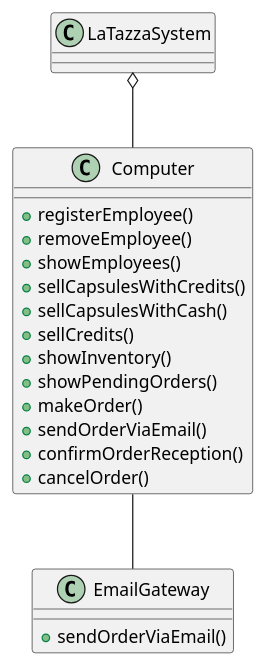
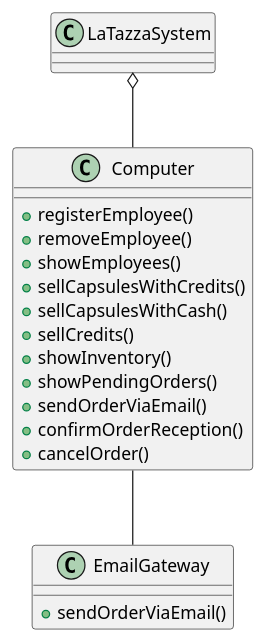
The fourth of 4 diagrams in requirements.md (eloparco/LaTazza), drawn with PlantUML before and after one commit.

Commit message:
Fix system design

````diff
--- a/requirements.md
+++ b/requirements.md
@@ -312,27 +312,26 @@
 ```plantuml
 class LaTazzaSystem {
 }
 
 class Computer {
   +registerEmployee()
   +removeEmployee()
   +showEmployees()
   +sellCapsulesWithCredits()
   +sellCapsulesWithCash()
   +sellCredits()
   +showInventory()
   +showPendingOrders()
-  +makeOrder()
   +sendOrderViaEmail()
   +confirmOrderReception()
   +cancelOrder()
 }
 
 class EmailGateway {
   +sendOrderViaEmail()
 }
 
 LaTazzaSystem o-- Computer
 
 Computer -- EmailGateway
 ```
````
